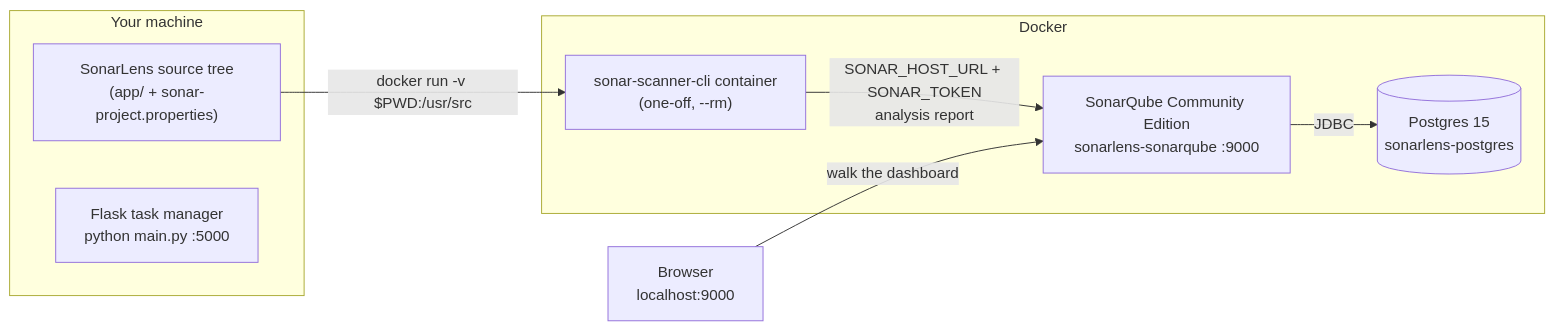
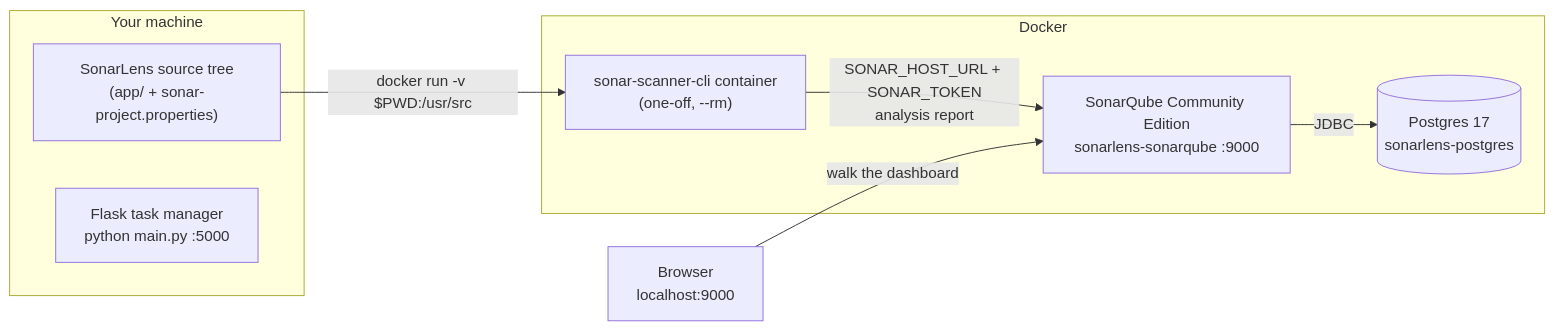
Before and after one commit to Siddhantshukla1657/Sonarlens_Devops_IA: the first of 8 diagrams in README.md, drawn with Mermaid. The commit also changed other lines of this file and 1 other file, not shown here.

First line of the commit message:
fix: bump Postgres image from 15 to 17 in docker-compose.yml

````diff
--- a/README.md
+++ b/README.md
@@ -13,20 +13,20 @@
 ```mermaid
 flowchart LR
     subgraph local["Your machine"]
         SRC["SonarLens source tree<br/>(app/ + sonar-project.properties)"]
         APP["Flask task manager<br/>python main.py :5000"]
     end
 
     subgraph docker["Docker"]
-        PG[("Postgres 15<br/>sonarlens-postgres")]
+        PG[("Postgres 17<br/>sonarlens-postgres")]
         SQ["SonarQube Community Edition<br/>sonarlens-sonarqube :9000"]
         SC["sonar-scanner-cli container<br/>(one-off, --rm)"]
     end
 
     BROWSER["Browser<br/>localhost:9000"]
 
     SRC -- "docker run -v $PWD:/usr/src" --> SC
     SC -- "SONAR_HOST_URL + SONAR_TOKEN<br/>analysis report" --> SQ
     SQ -- "JDBC" --> PG
     BROWSER -- "walk the dashboard" --> SQ
 ```
````
